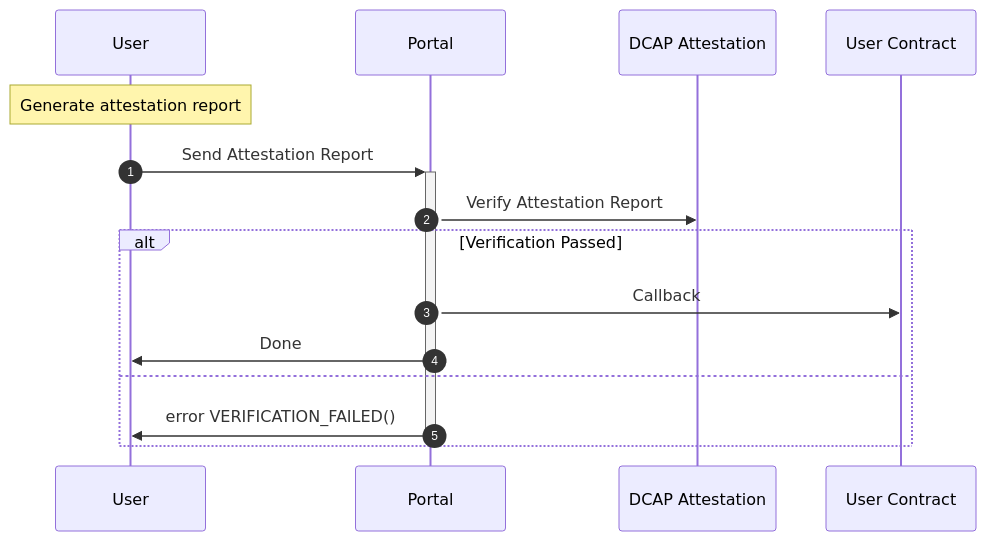
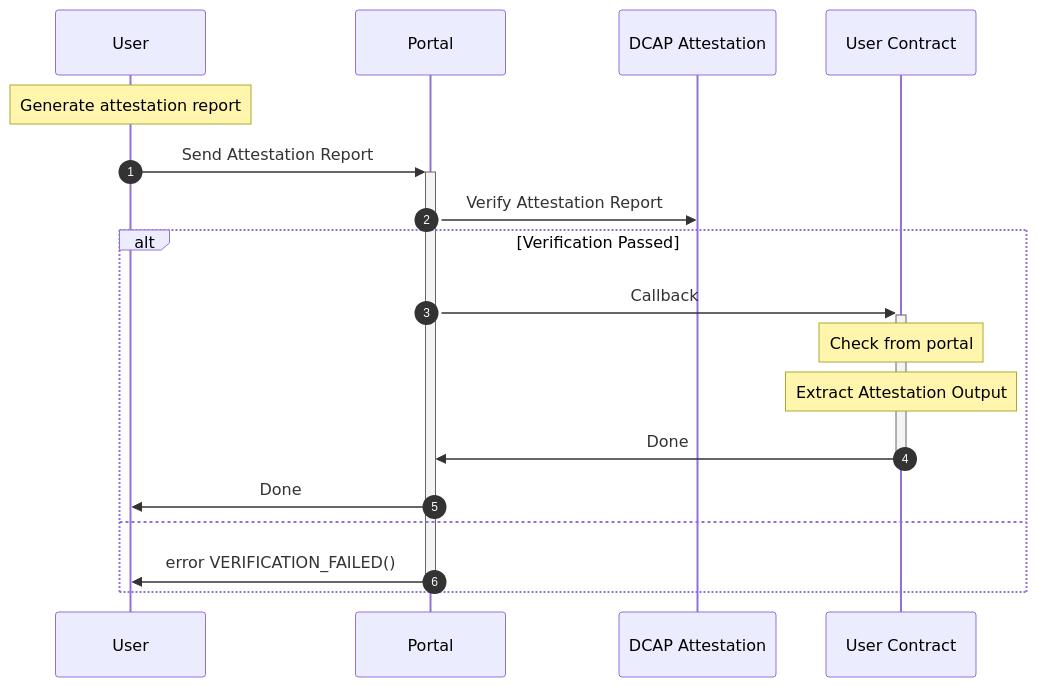
Before and after one commit to automata-network/dcap-sdk: the diagram in packages/dcap-portal/README.md, drawn with Mermaid. The commit also changed other lines of this file and 1 other file, not shown here.

````diff
--- a/packages/dcap-portal/README.md
+++ b/packages/dcap-portal/README.md
@@ -21,18 +21,21 @@
 ```mermaid
 sequenceDiagram
   autonumber
     participant U as User
     participant P as Portal
     participant A as DCAP Attestation
     participant C as User Contract
     
 note over U: Generate attestation report
 U->>+P: Send Attestation Report
 P->>A: Verify Attestation Report
 alt Verification Passed
-	P->>C: Callback
+	P->>+C: Callback
+    note over C: Check from portal
+    note over C: Extract Attestation Output
+    C->>-P: Done
 	P->>U: Done
 else
 	P->>-U: error VERIFICATION_FAILED()
 end
 ```
````
